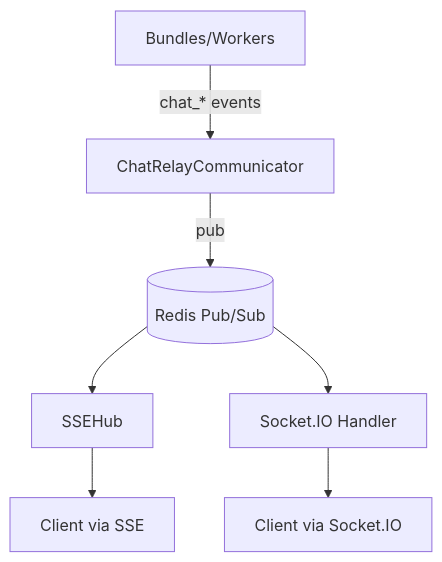
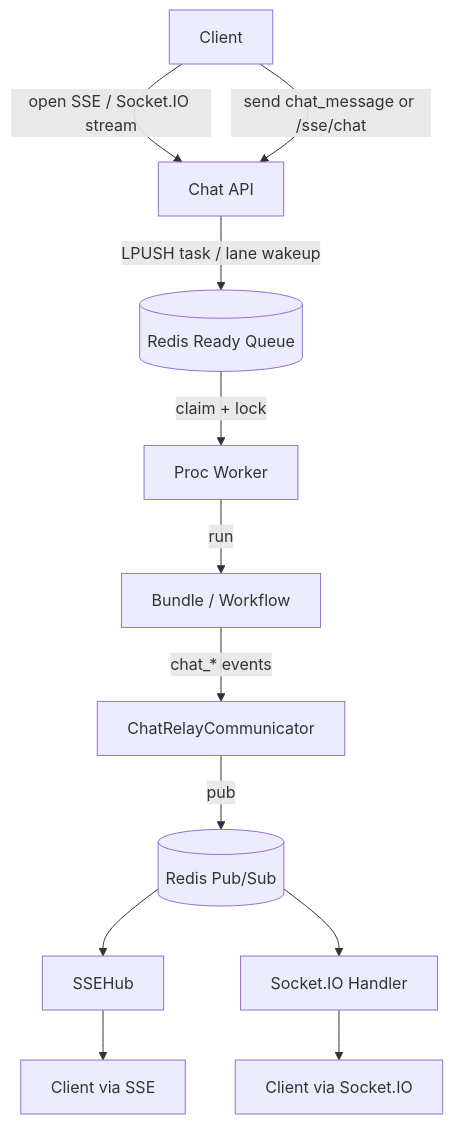
Before and after one commit to kdcube/kdcube-ai-app: the sixth of 9 diagrams in app/ai-app/docs/arch/architecture-long.md, drawn with Mermaid. The commit also changed other lines of this file and 10 other files, not shown here.

Commit message:
docs: refresh proc ingress and data bus architecture

````diff
--- a/app/ai-app/docs/arch/architecture-long.md
+++ b/app/ai-app/docs/arch/architecture-long.md
@@ -330,11 +352,16 @@
 ```mermaid
 graph TD
-  B[Bundles/Workers] -->|chat_* events| CR[ChatRelayCommunicator]
+  UI[Client] -->|open SSE / Socket.IO stream| API[Chat API]
+  UI -->|send chat_message or /sse/chat| API
+  API -->|LPUSH task / lane wakeup| Q[(Redis Ready Queue)]
+  Q -->|claim + lock| P[Proc Worker]
+  P -->|run| B[Bundle / Workflow]
+  B -->|chat_* events| CR[ChatRelayCommunicator]
   CR -->|pub| R[(Redis Pub/Sub)]
 
   R --> SSEH[SSEHub]
   R --> WS[Socket.IO Handler]
 
   SSEH --> UI1[Client via SSE]
   WS --> UI2[Client via Socket.IO]
 ```
````
